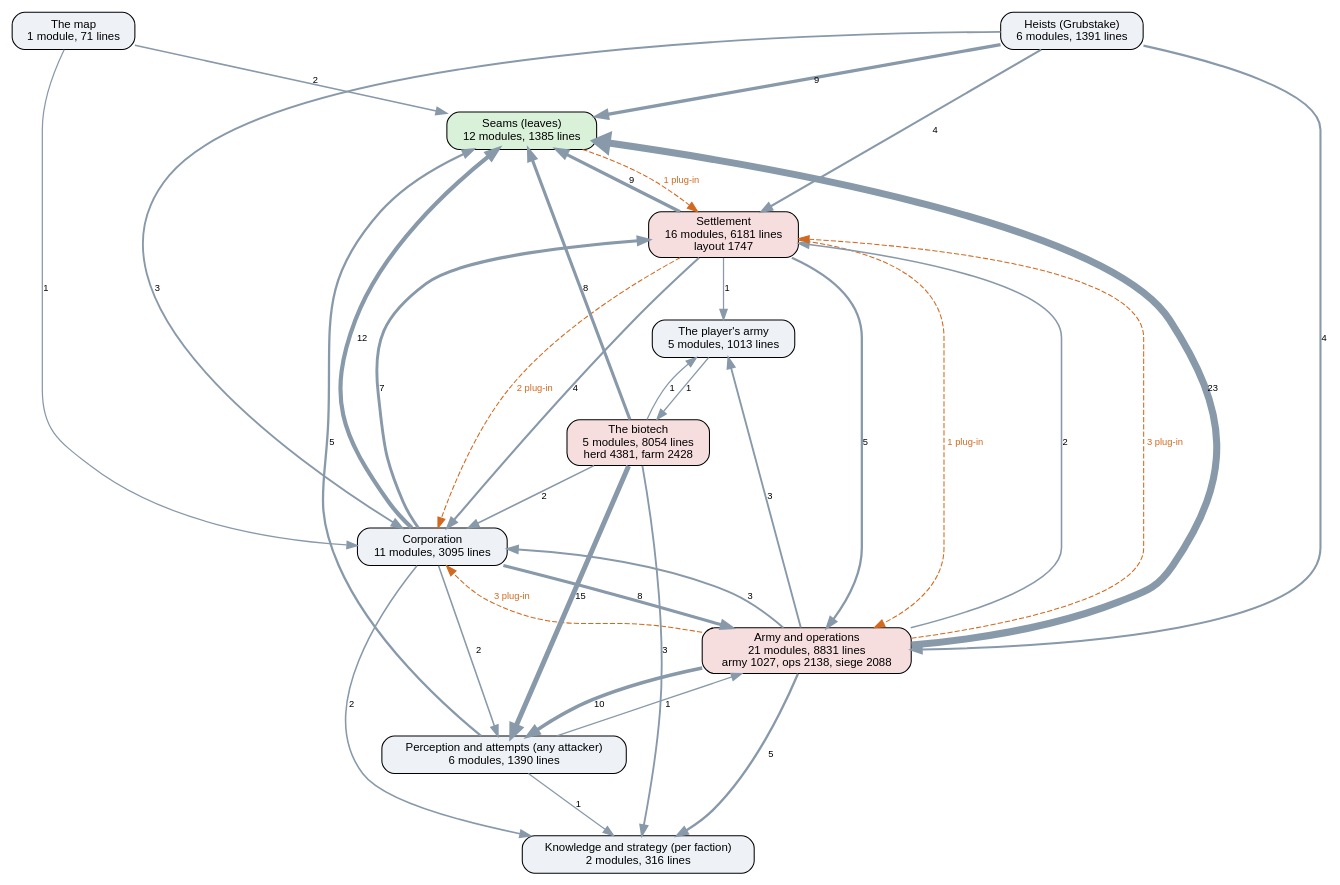
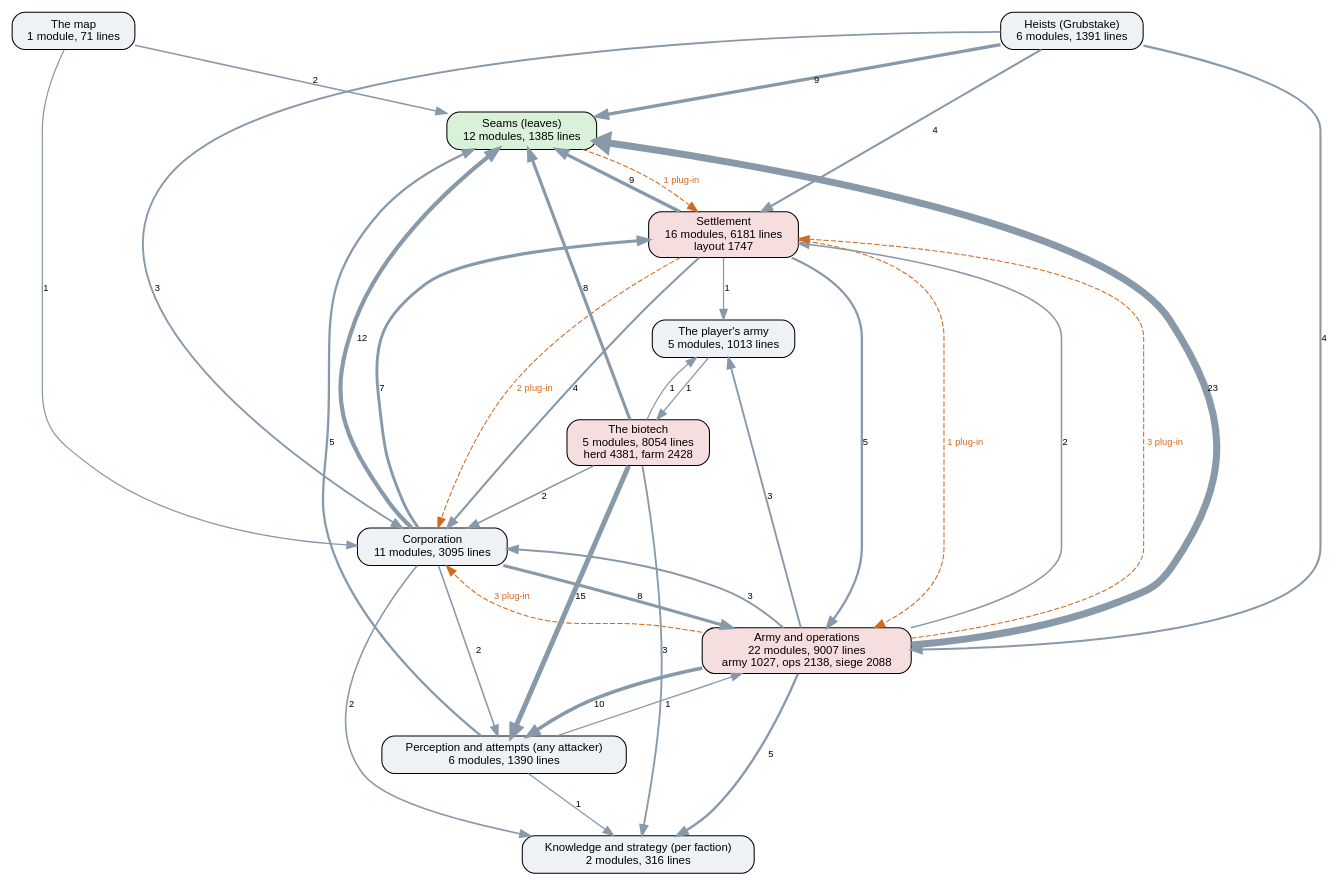
Before and after one commit to kinelhu/landing-party: the diagram in docs/ai-layers.dot, drawn with Graphviz. The commit also changed 17 other files, not shown here.

```diff
--- a/docs/ai-layers.dot
+++ b/docs/ai-layers.dot
@@ -1,50 +1,50 @@
 digraph layers {
   graph [rankdir=TB, fontname="Helvetica", nodesep=0.5, ranksep=0.7];
   node [shape=box, style="rounded,filled", fontname="Helvetica", fontsize=11, fillcolor="#eef2f7"];
   edge [color="#8899aa", fontname="Helvetica", fontsize=9];
   "Seams (leaves)" [label="Seams (leaves)\n12 modules, 1385 lines", fillcolor="#d9f0d9"];
   "Perception and attempts (any attacker)" [label="Perception and attempts (any attacker)\n6 modules, 1390 lines", fillcolor="#eef2f7"];
   "Knowledge and strategy (per faction)" [label="Knowledge and strategy (per faction)\n2 modules, 316 lines", fillcolor="#eef2f7"];
   "Corporation" [label="Corporation\n11 modules, 3095 lines", fillcolor="#eef2f7"];
   "Settlement" [label="Settlement\n16 modules, 6181 lines\nlayout 1747", fillcolor="#f7dede"];
-  "Army and operations" [label="Army and operations\n21 modules, 8831 lines\narmy 1027, ops 2138, siege 2088", fillcolor="#f7dede"];
+  "Army and operations" [label="Army and operations\n22 modules, 9007 lines\narmy 1027, ops 2138, siege 2088", fillcolor="#f7dede"];
   "Heists (Grubstake)" [label="Heists (Grubstake)\n6 modules, 1391 lines", fillcolor="#eef2f7"];
   "The biotech" [label="The biotech\n5 modules, 8054 lines\nherd 4381, farm 2428", fillcolor="#f7dede"];
   "The map" [label="The map\n1 module, 71 lines", fillcolor="#eef2f7"];
   "The player's army" [label="The player's army\n5 modules, 1013 lines", fillcolor="#eef2f7"];
   "Army and operations" -> "Corporation" [label="3", penwidth=1.8];
   "Army and operations" -> "Knowledge and strategy (per faction)" [label="5", penwidth=2.2];
   "Army and operations" -> "Perception and attempts (any attacker)" [label="10", penwidth=3.5];
   "Army and operations" -> "Seams (leaves)" [label="23", penwidth=6.8];
   "Army and operations" -> "Settlement" [label="2", penwidth=1.5];
   "Army and operations" -> "The player's army" [label="3", penwidth=1.8];
   "Corporation" -> "Army and operations" [label="8", penwidth=3.0];
   "Corporation" -> "Knowledge and strategy (per faction)" [label="2", penwidth=1.5];
   "Corporation" -> "Perception and attempts (any attacker)" [label="2", penwidth=1.5];
   "Corporation" -> "Seams (leaves)" [label="12", penwidth=4.0];
   "Corporation" -> "Settlement" [label="7", penwidth=2.8];
   "Heists (Grubstake)" -> "Army and operations" [label="4", penwidth=2.0];
   "Heists (Grubstake)" -> "Corporation" [label="3", penwidth=1.8];
   "Heists (Grubstake)" -> "Seams (leaves)" [label="9", penwidth=3.2];
   "Heists (Grubstake)" -> "Settlement" [label="4", penwidth=2.0];
   "Perception and attempts (any attacker)" -> "Army and operations" [label="1", penwidth=1.2];
   "Perception and attempts (any attacker)" -> "Knowledge and strategy (per faction)" [label="1", penwidth=1.2];
   "Perception and attempts (any attacker)" -> "Seams (leaves)" [label="5", penwidth=2.2];
   "Settlement" -> "Army and operations" [label="5", penwidth=2.2];
   "Settlement" -> "Corporation" [label="4", penwidth=2.0];
   "Settlement" -> "Seams (leaves)" [label="9", penwidth=3.2];
   "Settlement" -> "The player's army" [label="1", penwidth=1.2];
   "The biotech" -> "Corporation" [label="2", penwidth=1.5];
   "The biotech" -> "Knowledge and strategy (per faction)" [label="3", penwidth=1.8];
   "The biotech" -> "Perception and attempts (any attacker)" [label="15", penwidth=4.8];
   "The biotech" -> "Seams (leaves)" [label="8", penwidth=3.0];
   "The biotech" -> "The player's army" [label="1", penwidth=1.2];
   "The map" -> "Corporation" [label="1", penwidth=1.2];
   "The map" -> "Seams (leaves)" [label="2", penwidth=1.5];
   "The player's army" -> "The biotech" [label="1", penwidth=1.2];
   "Army and operations" -> "Corporation" [style=dashed, color="#d2691e", fontcolor="#d2691e", label="3 plug-in"];
   "Army and operations" -> "Settlement" [style=dashed, color="#d2691e", fontcolor="#d2691e", label="3 plug-in"];
   "Seams (leaves)" -> "Settlement" [style=dashed, color="#d2691e", fontcolor="#d2691e", label="1 plug-in"];
   "Settlement" -> "Army and operations" [style=dashed, color="#d2691e", fontcolor="#d2691e", label="1 plug-in"];
   "Settlement" -> "Corporation" [style=dashed, color="#d2691e", fontcolor="#d2691e", label="2 plug-in"];
 }
```
